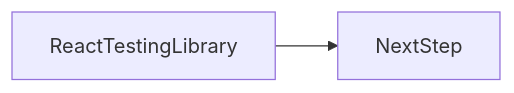
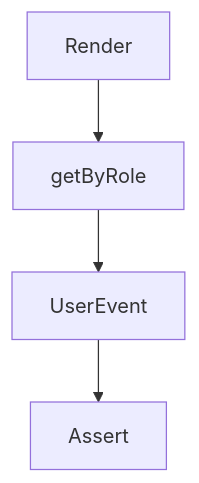
One commit to OmidJavaherii/Frontend-Engineering-Handbook changed the second of 2 diagrams in docs/en/16-testing/react-testing-library/index.md. Above: the diagram before and after it, drawn with Mermaid. The commit also changed other lines of this file and 461 other files, not shown here.

````diff
--- a/docs/en/16-testing/react-testing-library/index.md
+++ b/docs/en/16-testing/react-testing-library/index.md
@@ -95,4 +116,6 @@
 ```mermaid
-flowchart LR
-  concept[ReactTestingLibrary] --> nextStep[NextStep]
+flowchart TD
+  Render --> RoleQuery[getByRole]
+  RoleQuery --> UserEvent
+  UserEvent --> Assert
 ```
````
